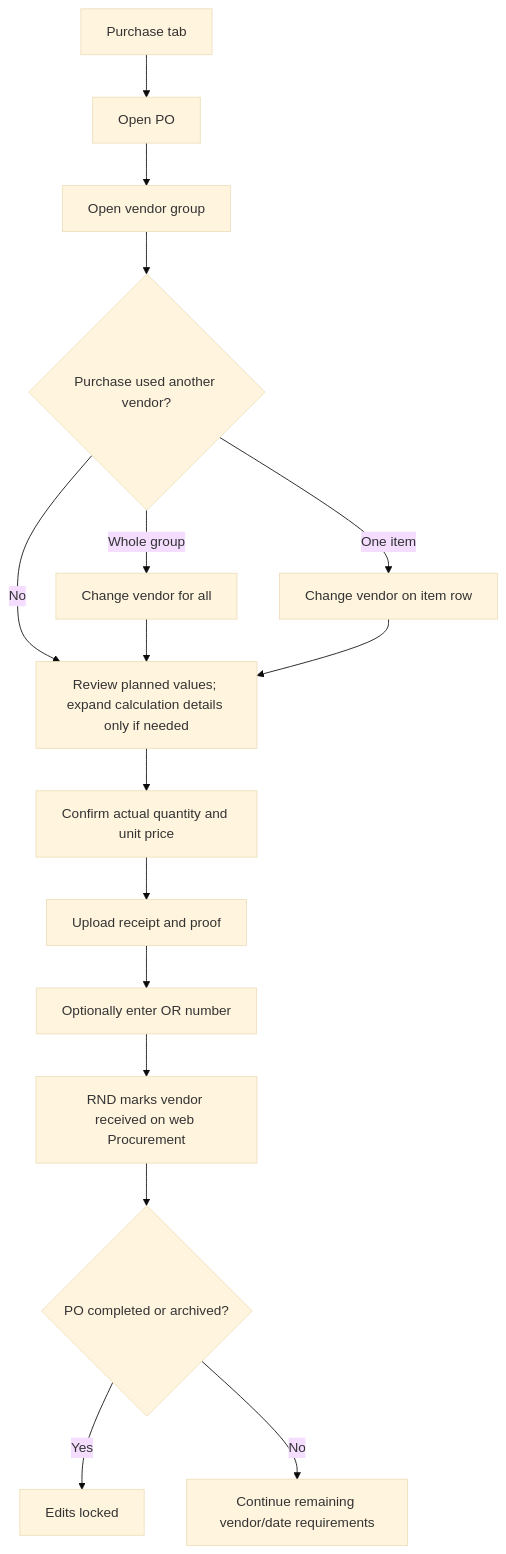
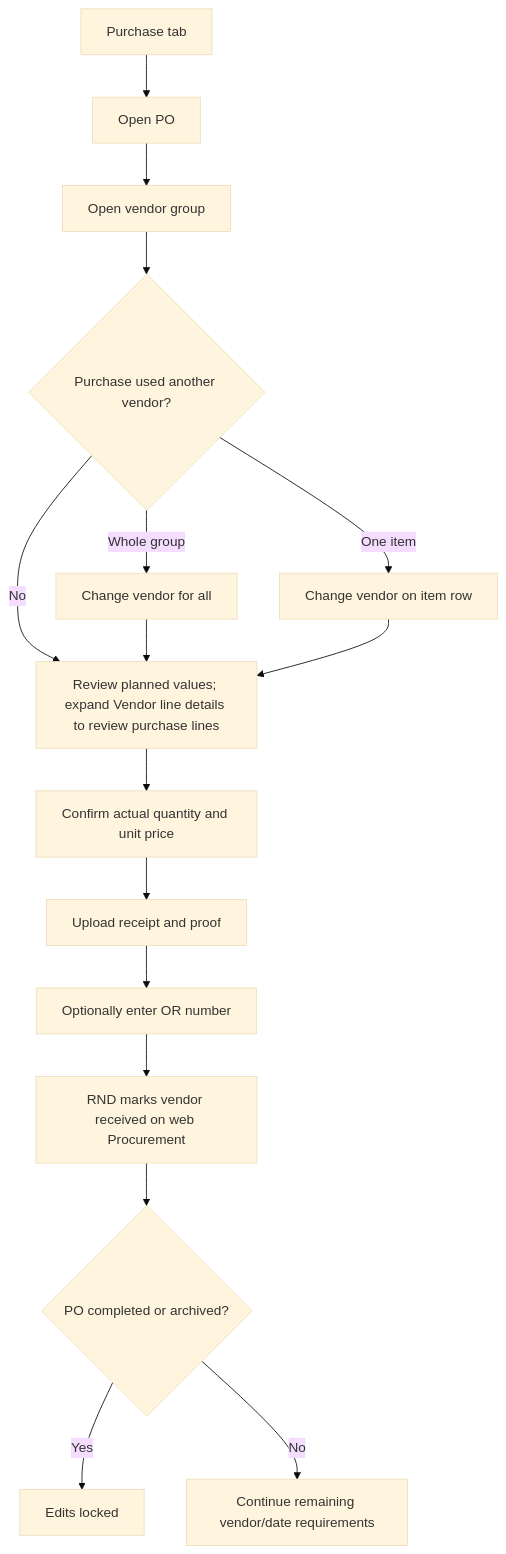
The third of 5 diagrams in docs/modules/Flowcharts/FSS Mobile Execution Flow.md (ja2gc/Nutriscope), drawn with Mermaid (base theme) before and after one commit. The commit also changed other lines of this file and 63 other files, not shown here.

````diff
--- a/docs/modules/Flowcharts/FSS Mobile Execution Flow.md
+++ b/docs/modules/Flowcharts/FSS Mobile Execution Flow.md
@@ -58,18 +56,18 @@
 ```mermaid
 flowchart TD
     A["Purchase tab"] --> B["Open PO"]
     B --> C["Open vendor group"]
     C --> C2{"Purchase used another vendor?"}
     C2 -->|"Whole group"| C3["Change vendor for all"]
     C2 -->|"One item"| C4["Change vendor on item row"]
     C2 -->|"No"| D
-    C3 --> D["Review planned values; expand calculation details only if needed"]
+    C3 --> D["Review planned values; expand Vendor line details to review purchase lines"]
     C4 --> D
     D --> E["Confirm actual quantity and unit price"]
     E --> F["Upload receipt and proof"]
     F --> G["Optionally enter OR number"]
     G --> H["RND marks vendor received on web Procurement"]
     H --> I{"PO completed or archived?"}
     I -->|"Yes"| J["Edits locked"]
     I -->|"No"| K["Continue remaining vendor/date requirements"]
 ```
````
